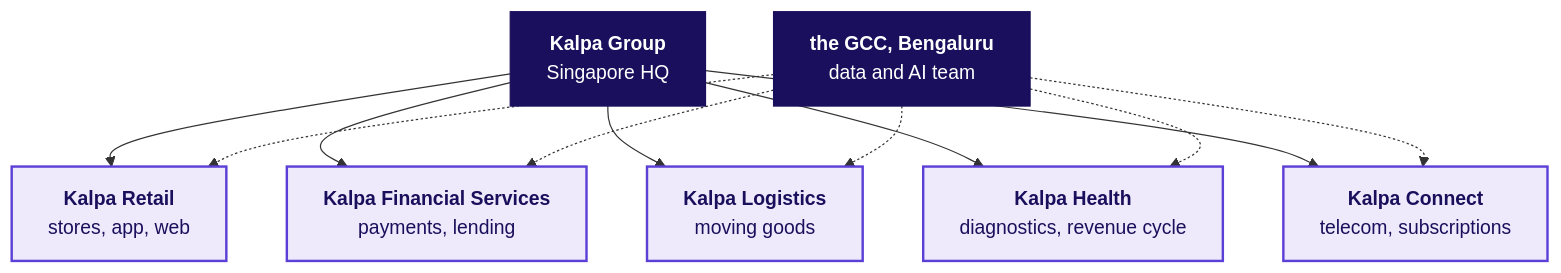
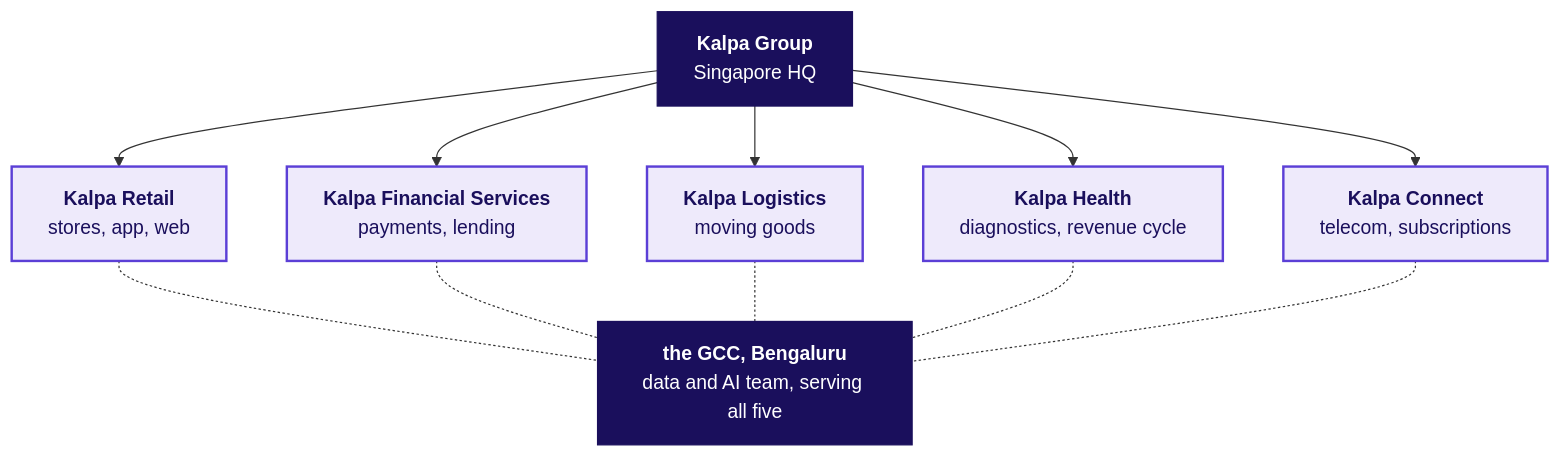
Before and after one commit to fde-academy-lab/c2-content-factory: the second of 6 diagrams in content/W01/D1/study-notes/C2_W01_D01_domain_retail_STUDENT.md, drawn with Mermaid. The commit also changed other lines of this file, not shown here.

````diff
--- a/content/W01/D1/study-notes/C2_W01_D01_domain_retail_STUDENT.md
+++ b/content/W01/D1/study-notes/C2_W01_D01_domain_retail_STUDENT.md
@@ -61,13 +61,13 @@
 ```mermaid
 flowchart TB
     G["<b>Kalpa Group</b><br/>Singapore HQ"] --> R["<b>Kalpa Retail</b><br/>stores, app, web"]
     G --> F["<b>Kalpa Financial Services</b><br/>payments, lending"]
     G --> L["<b>Kalpa Logistics</b><br/>moving goods"]
     G --> H["<b>Kalpa Health</b><br/>diagnostics, revenue cycle"]
     G --> T["<b>Kalpa Connect</b><br/>telecom, subscriptions"]
-    C["<b>the GCC, Bengaluru</b><br/>data and AI team"] -.-> R & F & L & H & T
+    R & F & L & H & T -.- C["<b>the GCC, Bengaluru</b><br/>data and AI team, serving all five"]
     classDef unit fill:#EEEAFB,stroke:#5B3FD6,color:#1A0F5C,stroke-width:2px
     classDef dark fill:#1A0F5C,stroke:#1A0F5C,color:#FFFFFF
     class R,F,L,H,T unit
     class G,C dark
 ```
````
